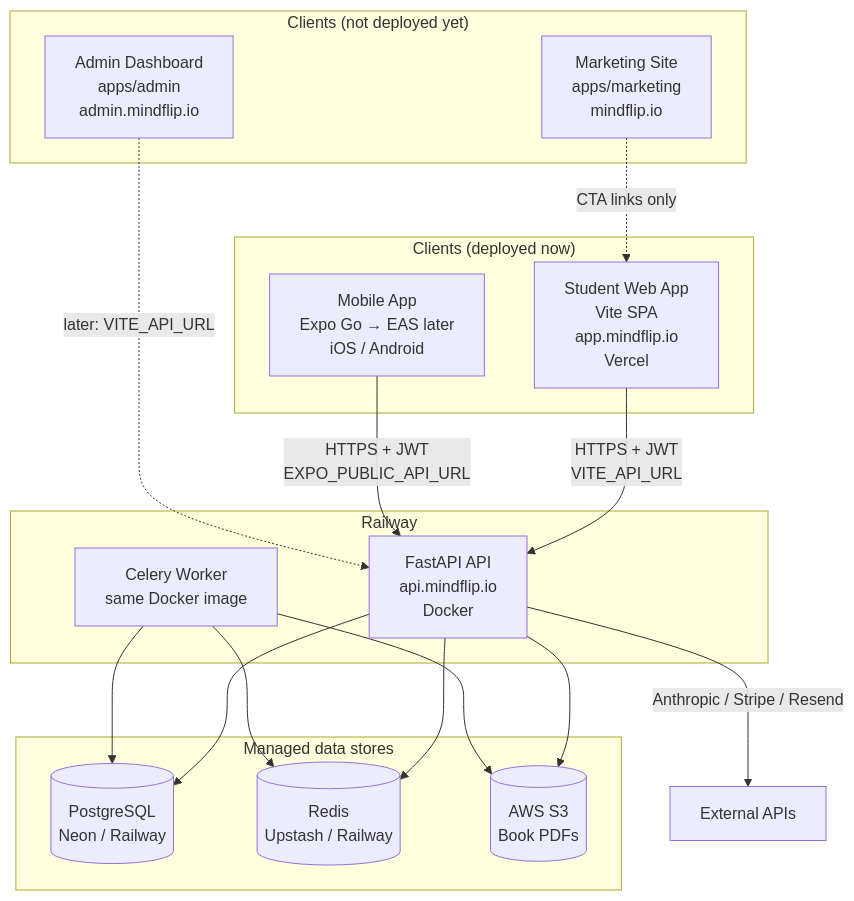
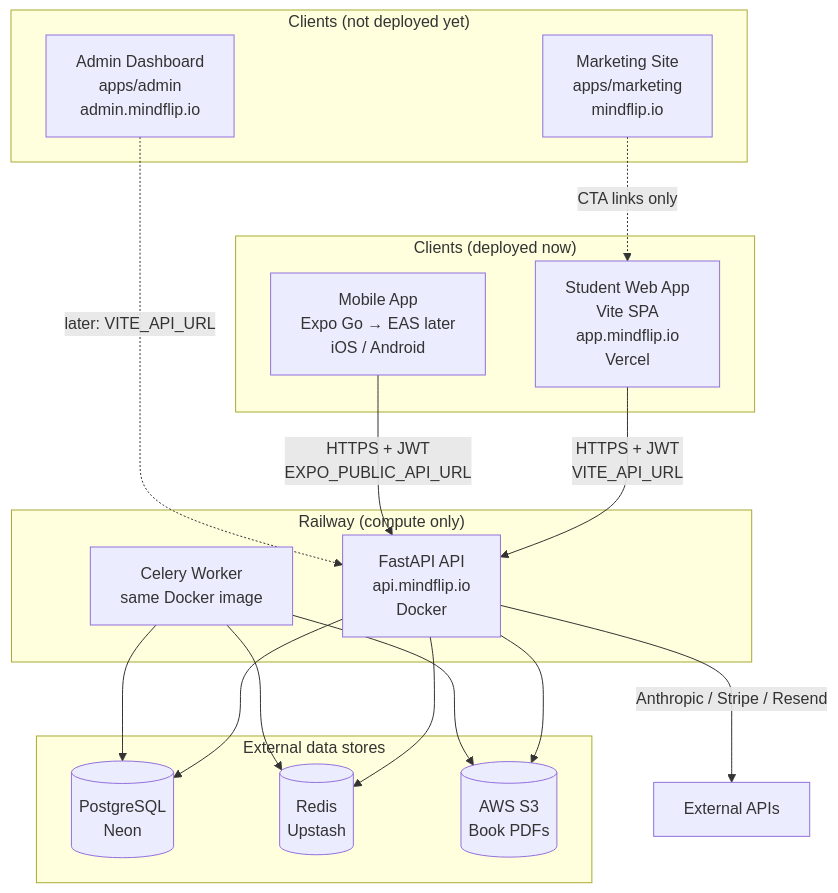
Before and after one commit to limkam/mind-flip-study: the diagram in DEPLOY.md, drawn with Mermaid. The commit also changed other lines of this file and 5 other files, not shown here.

````diff
--- a/DEPLOY.md
+++ b/DEPLOY.md
@@ -518,37 +539,37 @@
 ```mermaid
 flowchart TB
     subgraph clients["Clients (deployed now)"]
         WEB["Student Web App<br/>Vite SPA<br/>app.mindflip.io<br/>Vercel"]
         MOBILE["Mobile App<br/>Expo Go → EAS later<br/>iOS / Android"]
     end
 
     subgraph clients_later["Clients (not deployed yet)"]
         ADMIN["Admin Dashboard<br/>apps/admin<br/>admin.mindflip.io"]
         MKT["Marketing Site<br/>apps/marketing<br/>mindflip.io"]
     end
 
-    subgraph railway["Railway"]
+    subgraph railway["Railway (compute only)"]
         API["FastAPI API<br/>api.mindflip.io<br/>Docker"]
         WORKER["Celery Worker<br/>same Docker image"]
     end
 
-    subgraph data["Managed data stores"]
-        PG[("PostgreSQL<br/>Neon / Railway")]
-        REDIS[("Redis<br/>Upstash / Railway")]
+    subgraph data["External data stores"]
+        PG[("PostgreSQL<br/>Neon")]
+        REDIS[("Redis<br/>Upstash")]
         S3[("AWS S3<br/>Book PDFs")]
     end
 
     WEB -->|"HTTPS + JWT<br/>VITE_API_URL"| API
     MOBILE -->|"HTTPS + JWT<br/>EXPO_PUBLIC_API_URL"| API
     ADMIN -.->|"later: VITE_API_URL"| API
     MKT -.->|"CTA links only"| WEB
 
     API --> PG
     API --> REDIS
     API --> S3
     WORKER --> PG
     WORKER --> REDIS
     WORKER --> S3
 
     API -->|"Anthropic / Stripe / Resend"| EXT["External APIs"]
 ```
````
